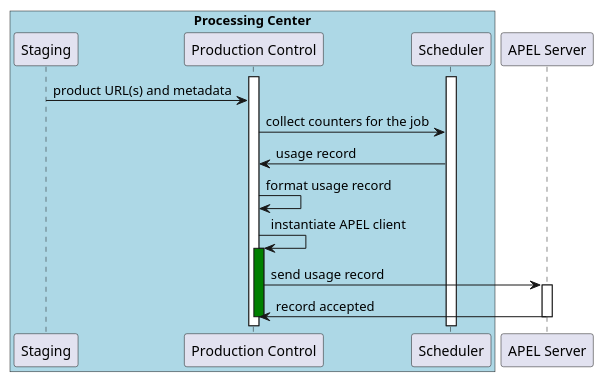
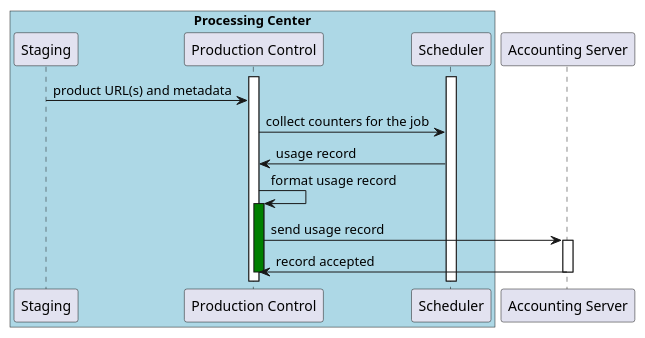
The diagram in source/design/accounting.rst (urban-tep/DDF-SDD), drawn with PlantUML before and after one commit. The commit also changed 15 other files, not shown here.

```diff
--- a/source/design/accounting.rst
+++ b/source/design/accounting.rst
@@ -14,24 +14,23 @@
 .. uml::
-  :caption: Reporting of completed jobs to APEL server
+  :caption: Reporting of completed jobs to Accounting server
   :align: center
   
   box "Processing Center" #LightBlue
 	  participant "Staging"
 	  participant "Production Control" as PC
 	  participant "Scheduler"
   end box
-  participant "APEL Server" as AS
+  participant "Accounting Server" as AS
   
   activate PC
   activate Scheduler
   Staging -> PC : product URL(s) and metadata
   PC -> Scheduler : collect counters for the job
   Scheduler -> PC : usage record
   PC -> PC : format usage record
-  PC -> PC : instantiate APEL client
   activate PC #Green
   PC -> AS : send usage record
   activate AS
   AS -> PC : record accepted
   deactivate AS
   deactivate PC
```
